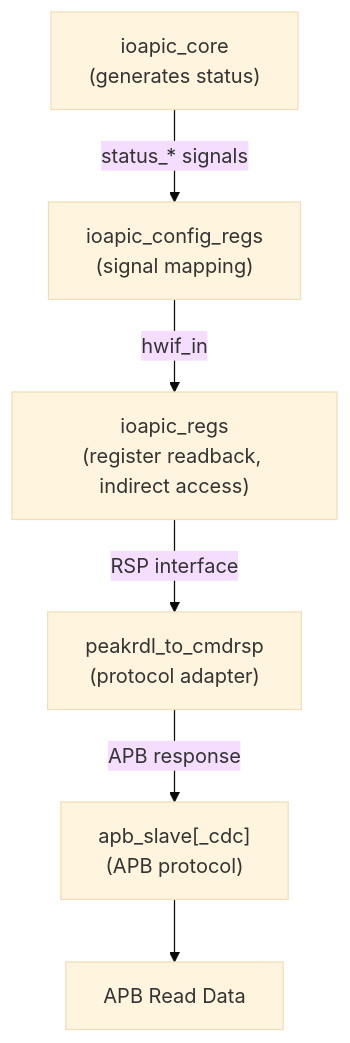
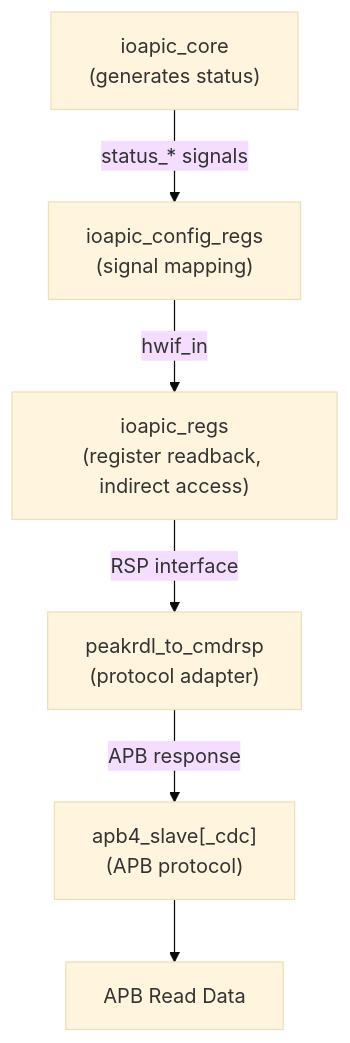
One commit to sean-galloway/RTLDesignSherpa changed the second of 3 diagrams in projects/components/retro_legacy_blocks/docs/ioapic_mas/ch02_blocks/00_overview.md. Above: the diagram before and after it, drawn with Mermaid (base theme). The commit also changed other lines of this file and 486 other files, not shown here.

````diff
--- a/projects/components/retro_legacy_blocks/docs/ioapic_mas/ch02_blocks/00_overview.md
+++ b/projects/components/retro_legacy_blocks/docs/ioapic_mas/ch02_blocks/00_overview.md
@@ -99,8 +99,8 @@
 ```mermaid
 flowchart TD
     A["ioapic_core<br/>(generates status)"] -->|"status_* signals"| B["ioapic_config_regs<br/>(signal mapping)"]
     B -->|"hwif_in"| C["ioapic_regs<br/>(register readback, indirect access)"]
     C -->|"RSP interface"| D["peakrdl_to_cmdrsp<br/>(protocol adapter)"]
-    D -->|"APB response"| E["apb_slave[_cdc]<br/>(APB protocol)"]
+    D -->|"APB response"| E["apb4_slave[_cdc]<br/>(APB protocol)"]
     E --> F["APB Read Data"]
 ```
````
